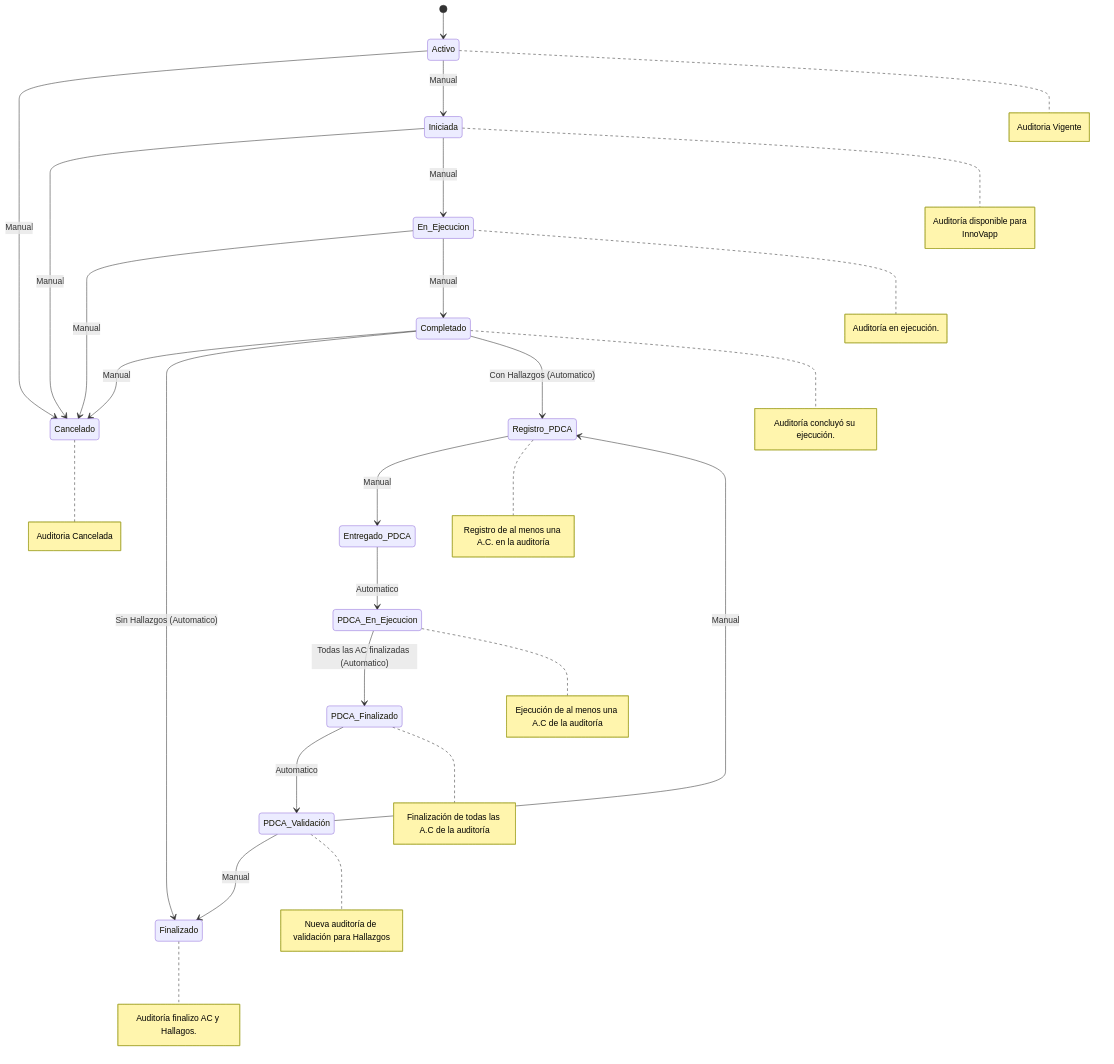
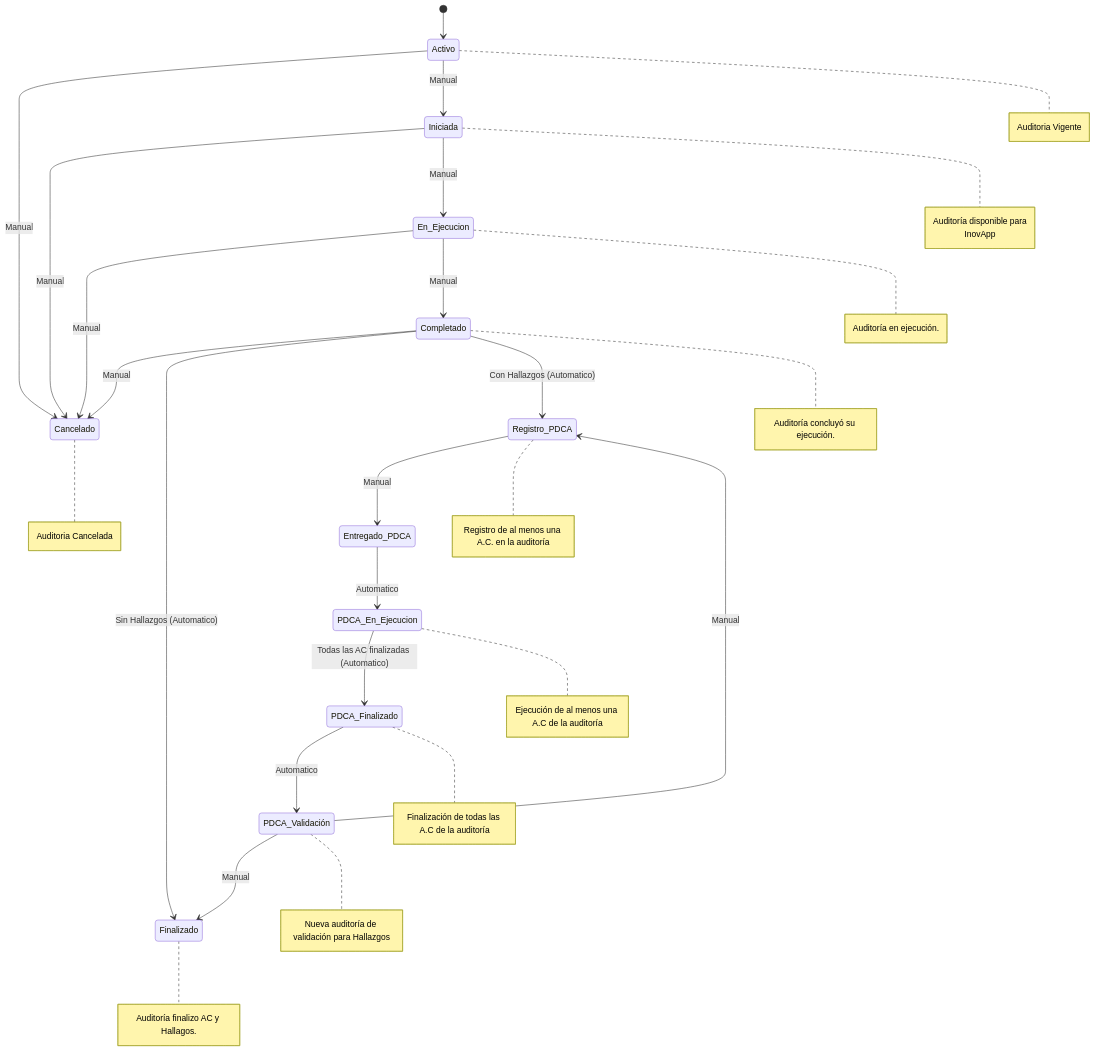
One commit to solis1408/Business-Suite changed the diagram in docs/Proyectos/Auditorias/documentacion/diagramas/mapa-de-estados.md. Above: the diagram before and after it, drawn with Mermaid. The commit also changed 1 other file, not shown here.

Commit message:
docs(auditorias): agrega RF-33 tipos de respuesta y renombra InovApp
- Agrega RF-33 — Tipos de respuesta a criterios de auditoría, con los seis
  tipos disponibles en Business Suite e InovApp: Sí/No, Texto libre, Numérico,
  Selección única, Selección múltiple y Muestreo.
- Detalla el tipo Muestreo: captura de Muestra total, Muestra tomada y
  Resultado como numéricos decimales, y cálculo de la calificación mediante
  (Resultado × Ponderación) ÷ Muestra tomada.
- Documenta la lógica y estructura offline para la app móvil: estructura local
  descargada, captura y cálculo sin conexión, sincronización y revalidación en
  el sistema central.
- Registra los pendientes de definición: calificación de los cinco tipos
  restantes, origen del atributo Ponderación y rango válido del Resultado.
- Renombra InnoVapp a InovApp en todo el módulo de Auditorías, incluidos los
  anchors del índice y el mapa de estados.
- Actualiza el documento a versión 1.2 con fecha 2026-08-06.

```diff
--- a/docs/Proyectos/Auditorias/documentacion/diagramas/mapa-de-estados.md
+++ b/docs/Proyectos/Auditorias/documentacion/diagramas/mapa-de-estados.md
@@ -51,7 +51,7 @@
 state Iniciada
 note right of Iniciada
     Auditoría disponible para
-    InnoVapp
+    InovApp
 end note
 
 state En_Ejecucion
```
